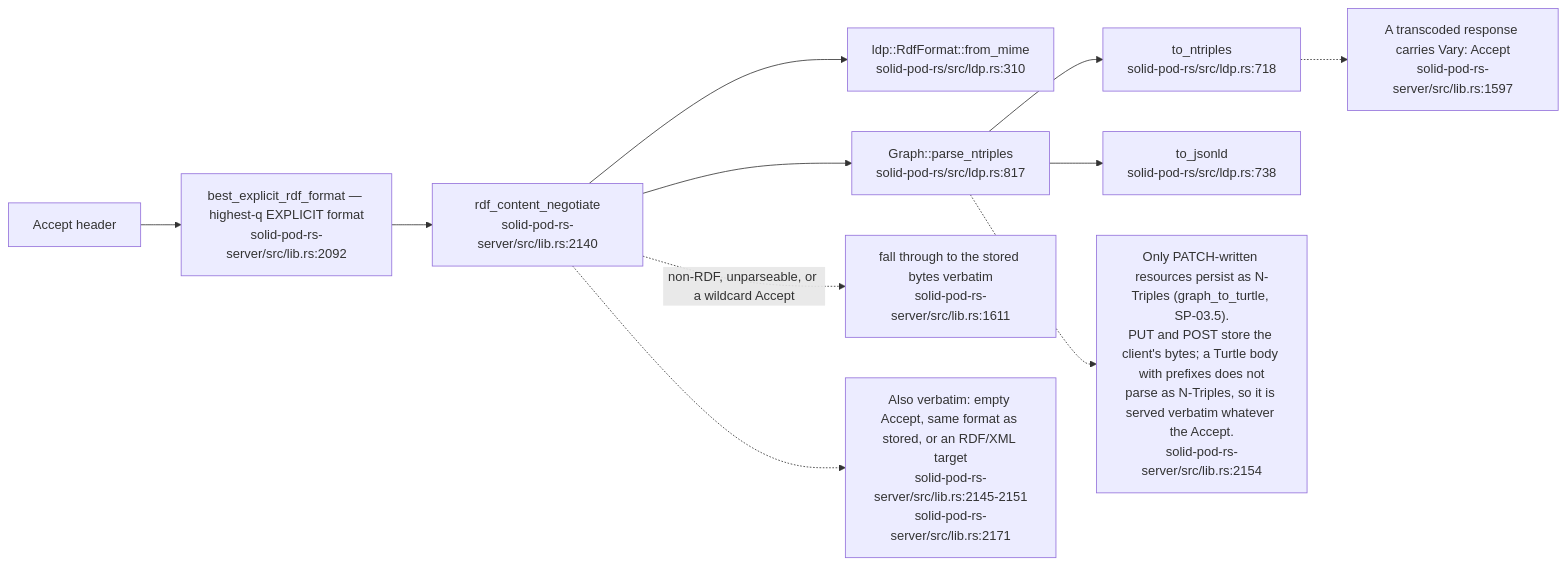
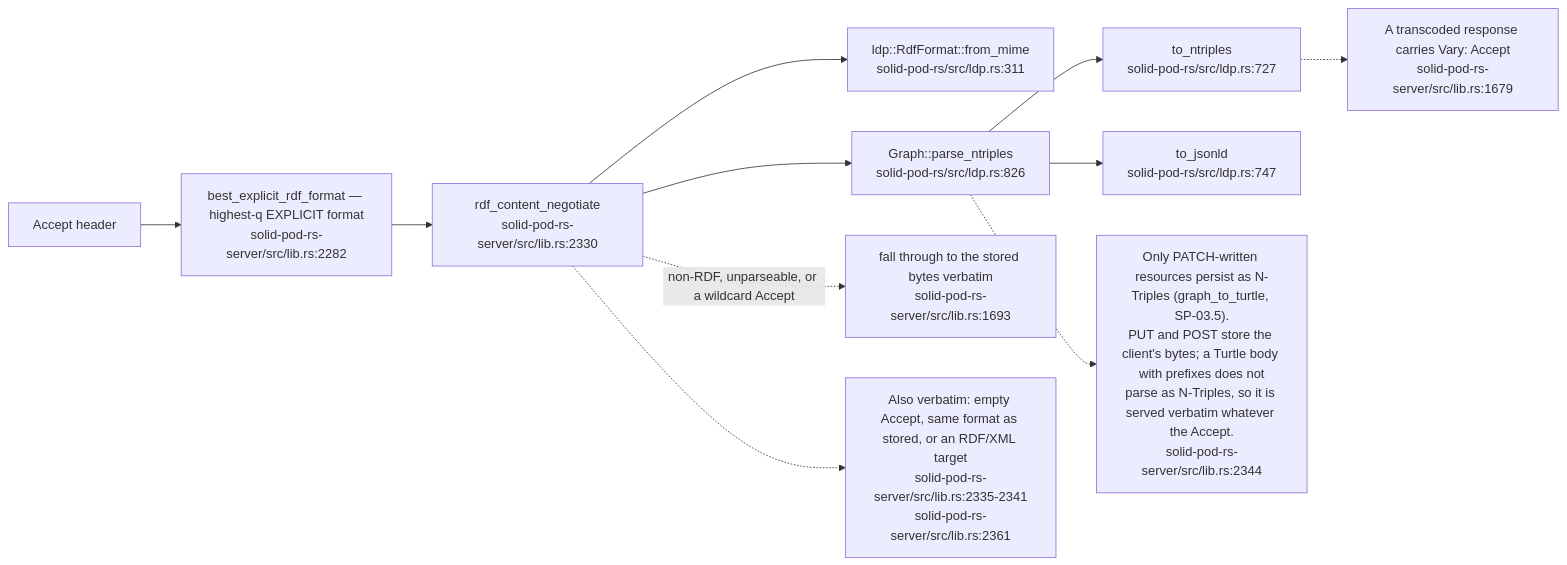
Before and after one commit to DreamLab-AI/VisionFlow: the ninth of 11 diagrams in docs/diagrams/solid-pod-rs/03-ldp-request-lifecycle.md, drawn with Mermaid. The commit also changed other lines of this file and 59 other files, not shown here.

First line of the commit message:
docs(diagrams): re-derive and re-stamp forum, website, pod, ontomark and sealmap topics

````diff
--- a/docs/diagrams/solid-pod-rs/03-ldp-request-lifecycle.md
+++ b/docs/diagrams/solid-pod-rs/03-ldp-request-lifecycle.md
@@ -291,24 +294,24 @@
 ```mermaid
 flowchart LR
     ACC["Accept header"]
-    BEST["best_explicit_rdf_format — highest-q EXPLICIT format<br/>solid-pod-rs-server/src/lib.rs:2092"]
-    NEG["rdf_content_negotiate<br/>solid-pod-rs-server/src/lib.rs:2140"]
-    FMT["ldp::RdfFormat::from_mime<br/>solid-pod-rs/src/ldp.rs:310"]
-    NT["Graph::parse_ntriples<br/>solid-pod-rs/src/ldp.rs:817"]
-    OUT1["to_ntriples<br/>solid-pod-rs/src/ldp.rs:718"]
-    OUT2["to_jsonld<br/>solid-pod-rs/src/ldp.rs:738"]
-    VERB["fall through to the stored bytes verbatim<br/>solid-pod-rs-server/src/lib.rs:1611"]
+    BEST["best_explicit_rdf_format — highest-q EXPLICIT format<br/>solid-pod-rs-server/src/lib.rs:2282"]
+    NEG["rdf_content_negotiate<br/>solid-pod-rs-server/src/lib.rs:2330"]
+    FMT["ldp::RdfFormat::from_mime<br/>solid-pod-rs/src/ldp.rs:311"]
+    NT["Graph::parse_ntriples<br/>solid-pod-rs/src/ldp.rs:826"]
+    OUT1["to_ntriples<br/>solid-pod-rs/src/ldp.rs:727"]
+    OUT2["to_jsonld<br/>solid-pod-rs/src/ldp.rs:747"]
+    VERB["fall through to the stored bytes verbatim<br/>solid-pod-rs-server/src/lib.rs:1693"]
 
     ACC --> BEST --> NEG --> FMT
     NEG --> NT
     NT --> OUT1
     NT --> OUT2
     NEG -. "non-RDF, unparseable, or a wildcard Accept" .-> VERB
 
-    N["A transcoded response carries Vary: Accept<br/>solid-pod-rs-server/src/lib.rs:1597"]
+    N["A transcoded response carries Vary: Accept<br/>solid-pod-rs-server/src/lib.rs:1679"]
     OUT1 -.-> N
-    N2["Only PATCH-written resources persist as N-Triples (graph_to_turtle, SP-03.5).<br/>PUT and POST store the client's bytes; a Turtle body with prefixes does not<br/>parse as N-Triples, so it is served verbatim whatever the Accept.<br/>solid-pod-rs-server/src/lib.rs:2154"]
+    N2["Only PATCH-written resources persist as N-Triples (graph_to_turtle, SP-03.5).<br/>PUT and POST store the client's bytes; a Turtle body with prefixes does not<br/>parse as N-Triples, so it is served verbatim whatever the Accept.<br/>solid-pod-rs-server/src/lib.rs:2344"]
     NT -.-> N2
-    N3N["Also verbatim: empty Accept, same format as stored, or an RDF/XML target<br/>solid-pod-rs-server/src/lib.rs:2145-2151<br/>solid-pod-rs-server/src/lib.rs:2171"]
+    N3N["Also verbatim: empty Accept, same format as stored, or an RDF/XML target<br/>solid-pod-rs-server/src/lib.rs:2335-2341<br/>solid-pod-rs-server/src/lib.rs:2361"]
     NEG -.-> N3N
 ```
````
